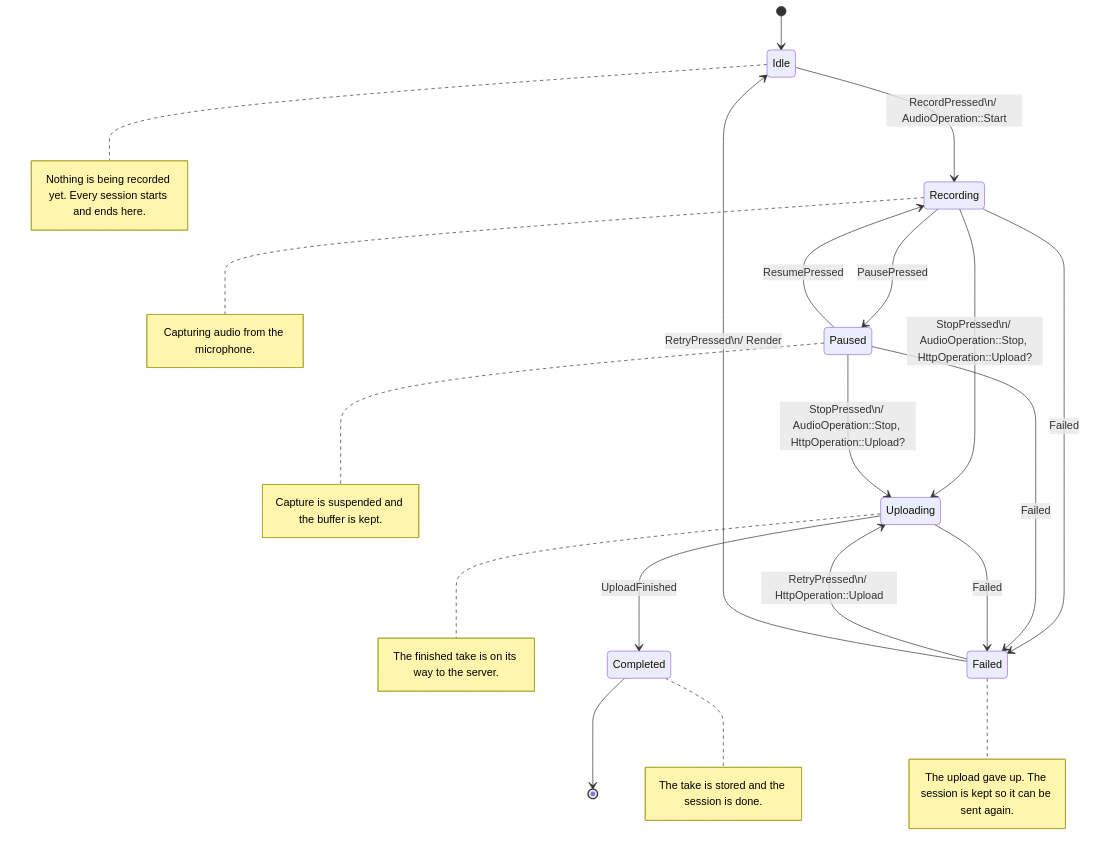
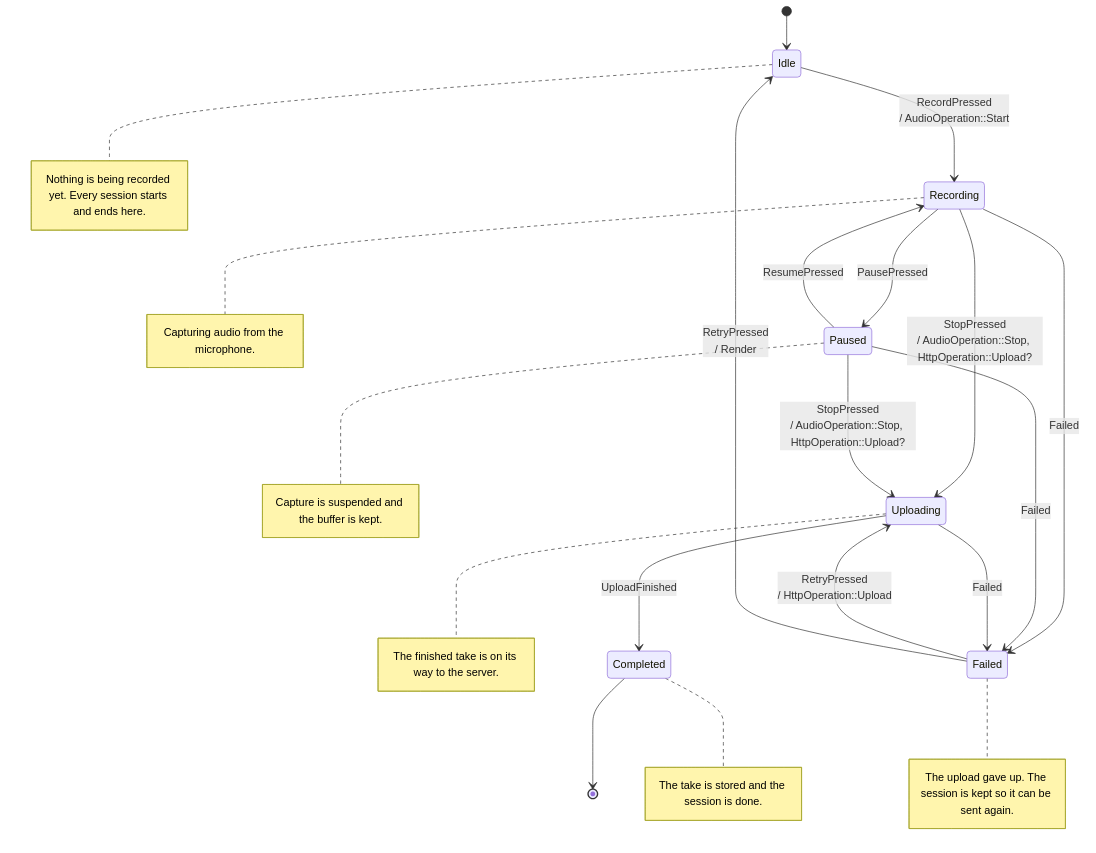
Before and after one commit to josecleiton/crux_analyzer: the first of 2 diagrams in docs/examples/mini-recorder.md, drawn with Mermaid. The commit also changed 2 other files, not shown here.

Commit message:
fix(docgen): break the edge label with <br>, which Mermaid actually reads
Every transition in every generated diagram carried a literal `\n` between the
event and its effects. Mermaid reads no escape sequence inside a state diagram's
edge label — it draws the two characters. Squeezed into a page column it passed
for noise; the moment a reader could zoom into one of these diagrams, it was the
first thing they saw.

Measured against the Mermaid the docs sites bundle: `\n` renders one line, 24px
tall and 189px wide, with the escape shown. `<br>` renders two lines at 48px and
126px — narrower as well as correct, which is the whole point of breaking an
edge label in the first place.

`transition_label` now escapes its own parts and the caller no longer escapes the
result. That ordering is the fix, not a tidy-up: `mermaid_label` turns `<` and
`>` into entity codes on purpose, because model text comes from analysed sources
and must not inject markup, so a `<br>` written before that step came out as four
visible characters. Escaping each piece and joining them with the one tag this
code authors keeps both properties.

````diff
--- a/docs/examples/mini-recorder.md
+++ b/docs/examples/mini-recorder.md
@@ -10,22 +10,22 @@
 ```mermaid
 stateDiagram-v2
-    Idle --> Recording: RecordPressed\n/ AudioOperation#58;#58;Start
+    Idle --> Recording: RecordPressed<br>/ AudioOperation#58;#58;Start
     Recording --> Paused: PausePressed
     Paused --> Recording: ResumePressed
-    Recording --> Uploading: StopPressed\n/ AudioOperation#58;#58;Stop, HttpOperation#58;#58;Upload?
-    Paused --> Uploading: StopPressed\n/ AudioOperation#58;#58;Stop, HttpOperation#58;#58;Upload?
+    Recording --> Uploading: StopPressed<br>/ AudioOperation#58;#58;Stop, HttpOperation#58;#58;Upload?
+    Paused --> Uploading: StopPressed<br>/ AudioOperation#58;#58;Stop, HttpOperation#58;#58;Upload?
     Uploading --> Completed: UploadFinished
-    Failed --> Uploading: RetryPressed\n/ HttpOperation#58;#58;Upload
-    Failed --> Idle: RetryPressed\n/ Render
+    Failed --> Uploading: RetryPressed<br>/ HttpOperation#58;#58;Upload
+    Failed --> Idle: RetryPressed<br>/ Render
     Recording --> Failed: Failed
     Paused --> Failed: Failed
     Uploading --> Failed: Failed
     [*] --> Idle
     Completed --> [*]
     note right of Idle : Nothing is being recorded yet. Every session starts and ends here.
     note right of Recording : Capturing audio from the microphone.
     note right of Paused : Capture is suspended and the buffer is kept.
     note right of Uploading : The finished take is on its way to the server.
     note right of Completed : The take is stored and the session is done.
     note right of Failed : The upload gave up. The session is kept so it can be sent again.
 ```
````
